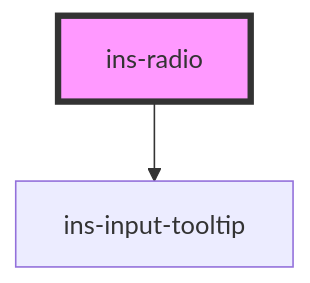
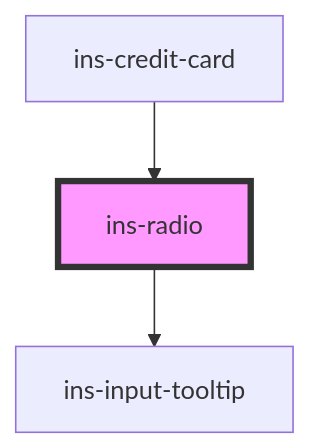
One commit to insites-io/insites-components-v2 changed the diagram in components/src/components/ins-radio/readme.md. Above: the diagram before and after it, drawn with Mermaid. The commit also changed other lines of this file and 130 other files, not shown here.

````diff
--- a/components/src/components/ins-radio/readme.md
+++ b/components/src/components/ins-radio/readme.md
@@ -71,5 +75,6 @@
 ```mermaid
 graph TD;
   ins-radio --> ins-input-tooltip
+  ins-credit-card --> ins-radio
   style ins-radio fill:#f9f,stroke:#333,stroke-width:4px
 ```
````
